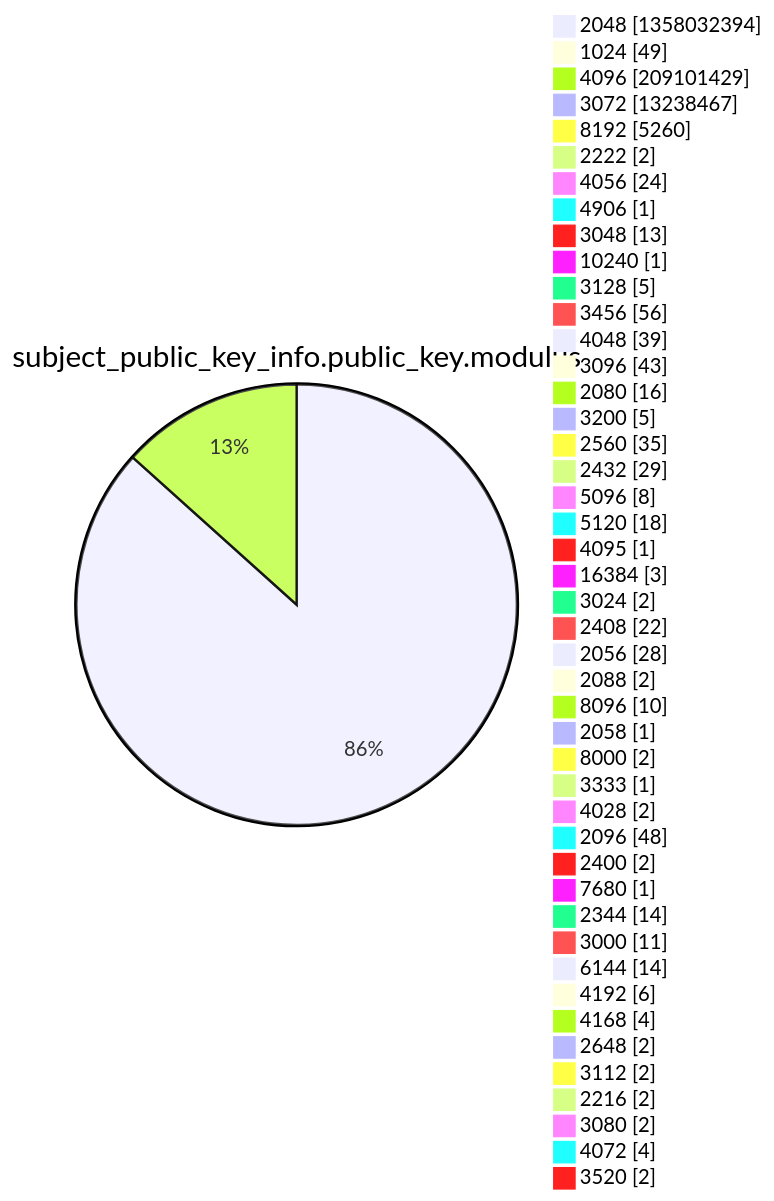
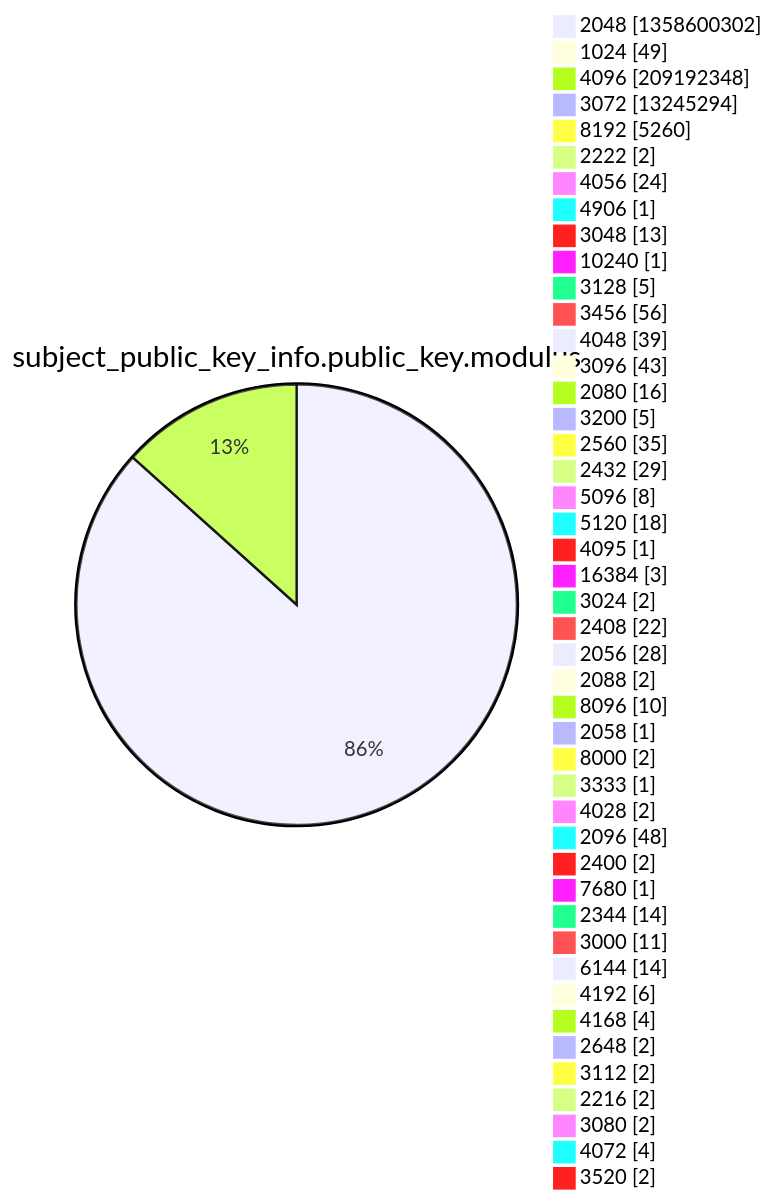
Diagram 13 of 15 in xenon2022/README.md (christiankrug/ctmonitor_visualization), drawn with Mermaid before and after one commit. The commit also changed other lines of this file, not shown here.

````diff
--- a/xenon2022/README.md
+++ b/xenon2022/README.md
@@ -3927,49 +3927,49 @@
 ```mermaid
 pie showData
 title subject_public_key_info.public_key.modulus
-"2048" :1358032394
+"2048" :1358600302
 "1024" :49
-"4096" :209101429
-"3072" :13238467
+"4096" :209192348
+"3072" :13245294
 "8192" :5260
 "2222" :2
 "4056" :24
 "4906" :1
 "3048" :13
 "10240" :1
 "3128" :5
 "3456" :56
 "4048" :39
 "3096" :43
 "2080" :16
 "3200" :5
 "2560" :35
 "2432" :29
 "5096" :8
 "5120" :18
 "4095" :1
 "16384" :3
 "3024" :2
 "2408" :22
 "2056" :28
 "2088" :2
 "8096" :10
 "2058" :1
 "8000" :2
 "3333" :1
 "4028" :2
 "2096" :48
 "2400" :2
 "7680" :1
 "2344" :14
 "3000" :11
 "6144" :14
 "4192" :6
 "4168" :4
 "2648" :2
 "3112" :2
 "2216" :2
 "3080" :2
 "4072" :4
 "3520" :2
 ```
````
